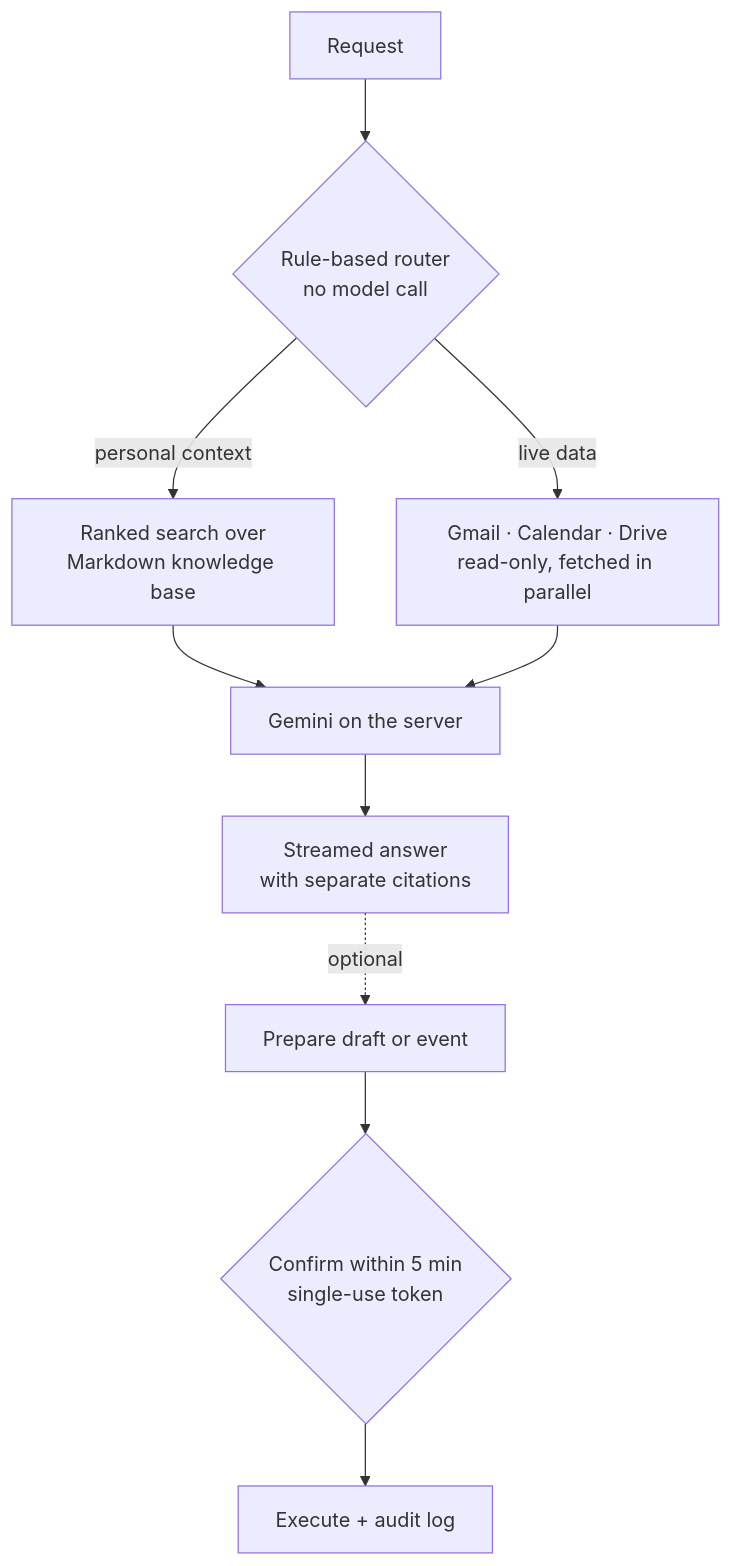
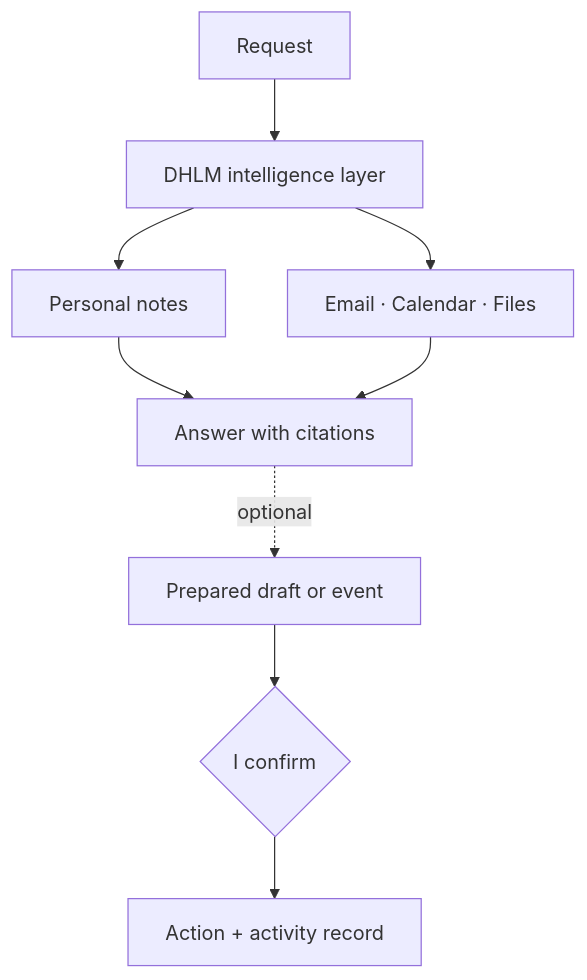
The diagram in README.md (DavisHiggins/dhlm-showcase), drawn with Mermaid before and after one commit. The commit also changed other lines of this file and 7 other files, not shown here.

````diff
--- a/README.md
+++ b/README.md
@@ -51,10 +55,9 @@
 ```mermaid
 flowchart TB
-    Q[Request] --> R{Rule-based router<br/>no model call}
-    R -->|personal context| K[Ranked search over<br/>Markdown knowledge base]
-    R -->|live data| L[Gmail · Calendar · Drive<br/>read-only, fetched in parallel]
-    K --> G[Gemini on the server]
-    L --> G
-    G --> A[Streamed answer<br/>with separate citations]
-    A -.->|optional| D[Prepare draft or event] --> C{Confirm within 5 min<br/>single-use token} --> X[Execute + audit log]
+    Q[Request] --> L[DHLM intelligence layer]
+    L --> K[Personal notes]
+    L --> S[Email · Calendar · Files]
+    K --> A[Answer with citations]
+    S --> A
+    A -.->|optional| D[Prepared draft or event] --> C{I confirm} --> X[Action + activity record]
 ```
````
